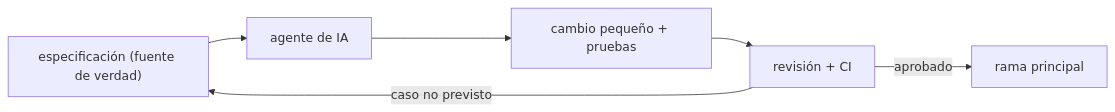
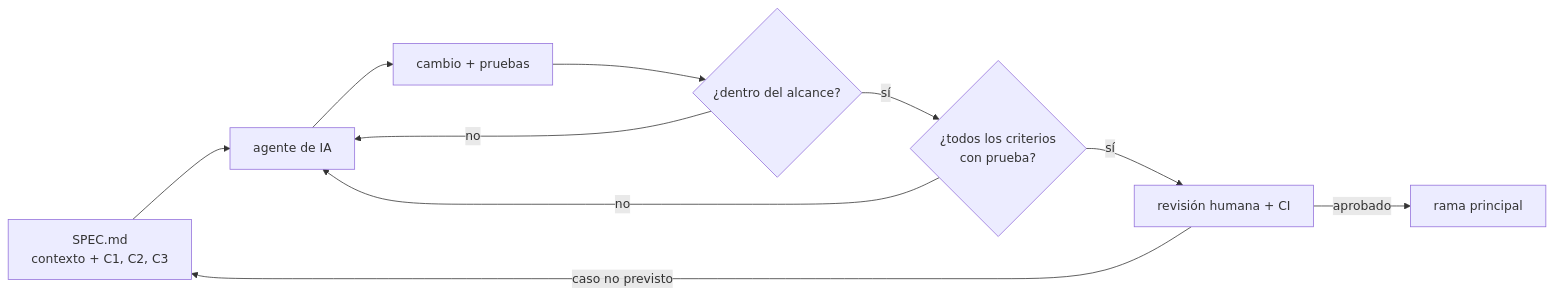
One commit to NICORUIZ93/The_Imperial_Book changed the eighth of 9 diagrams in web/public/content/foundations/modulo-7.md. Above: the diagram before and after it, drawn with Mermaid. The commit also changed other lines of this file, not shown here.

First line of the commit message:
docs(fundamentos): M7 completo con la plantilla académica

````diff
--- a/web/public/content/foundations/modulo-7.md
+++ b/web/public/content/foundations/modulo-7.md
@@ -504,8 +1883,12 @@
 ```mermaid
 flowchart LR
-    SPEC["especificación (fuente de verdad)"] --> AGENT["agente de IA"]
-    AGENT --> PR["cambio pequeño + pruebas"]
-    PR --> CI["revisión + CI"]
-    CI -->|"caso no previsto"| SPEC
-    CI -->|"aprobado"| MAIN["rama principal"]
+    SPEC["SPEC.md<br/>contexto + C1, C2, C3"] --> AGENT["agente de IA"]
+    AGENT --> CHG["cambio + pruebas"]
+    CHG --> ALC{"¿dentro del alcance?"}
+    ALC -->|"no"| AGENT
+    ALC -->|"sí"| COB{"¿todos los criterios<br/>con prueba?"}
+    COB -->|"no"| AGENT
+    COB -->|"sí"| REV["revisión humana + CI"]
+    REV -->|"caso no previsto"| SPEC
+    REV -->|"aprobado"| MAIN["rama principal"]
 ```
````
